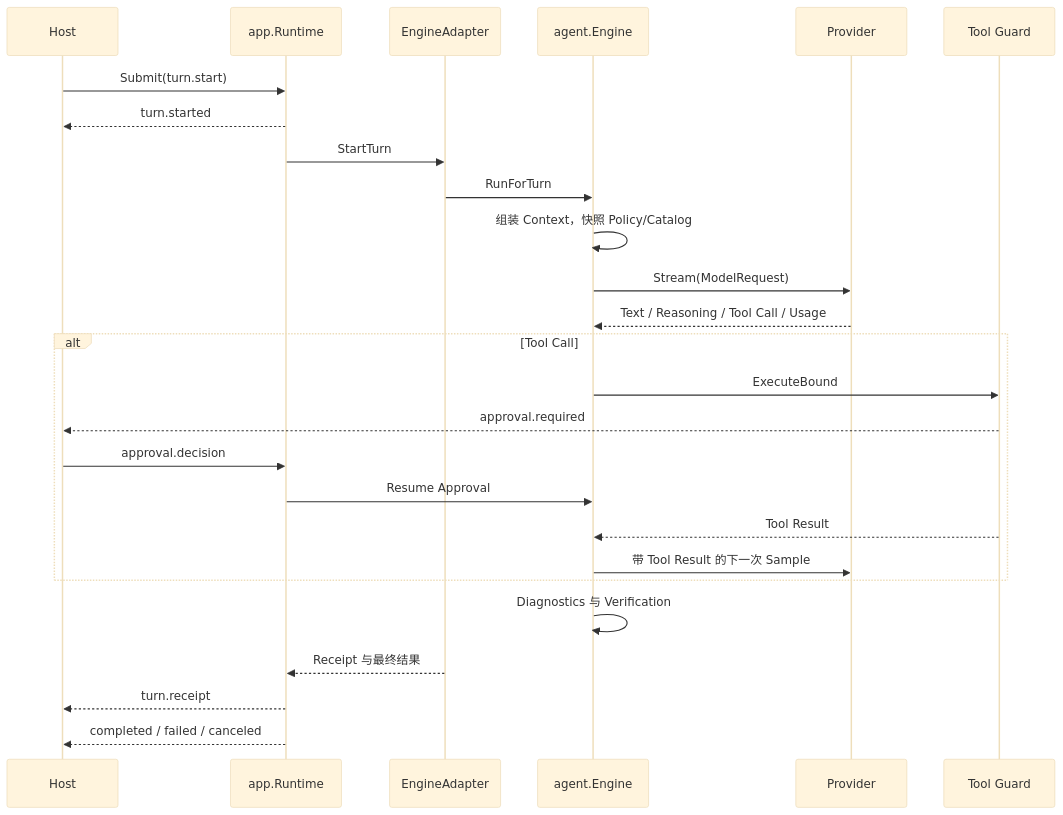
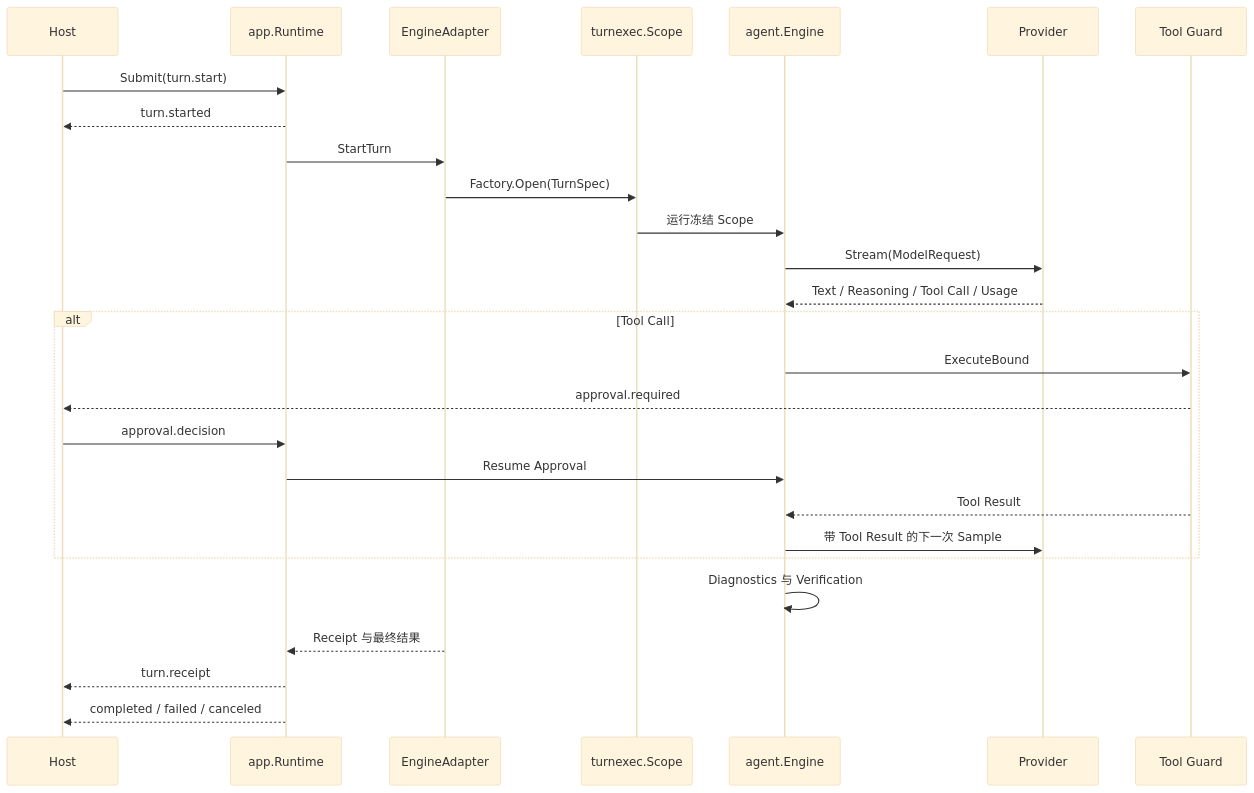
Before and after one commit to fwtllh-png/CodeHelper: the diagram in docs/book/zh-CN/02-codehelper-overview/05-turn-lifecycle.md, drawn with Mermaid (base theme). The commit also changed other lines of this file and 9 other files, not shown here.

Commit message:
docs(book): document stage D turn scope

````diff
--- a/docs/book/zh-CN/02-codehelper-overview/05-turn-lifecycle.md
+++ b/docs/book/zh-CN/02-codehelper-overview/05-turn-lifecycle.md
@@ -71,28 +72,29 @@
 ```mermaid
 sequenceDiagram
     participant H as Host
     participant R as app.Runtime
     participant A as EngineAdapter
+    participant S as turnexec.Scope
     participant E as agent.Engine
     participant M as Provider
     participant G as Tool Guard
     H->>R: Submit(turn.start)
     R-->>H: turn.started
     R->>A: StartTurn
-    A->>E: RunForTurn
-    E->>E: 组装 Context，快照 Policy/Catalog
+    A->>S: Factory.Open(TurnSpec)
+    S->>E: 运行冻结 Scope
     E->>M: Stream(ModelRequest)
     M-->>E: Text / Reasoning / Tool Call / Usage
     alt Tool Call
         E->>G: ExecuteBound
         G-->>H: approval.required
         H->>R: approval.decision
         R->>E: Resume Approval
         G-->>E: Tool Result
         E->>M: 带 Tool Result 的下一次 Sample
     end
     E->>E: Diagnostics 与 Verification
     A-->>R: Receipt 与最终结果
     R-->>H: turn.receipt
     R-->>H: completed / failed / canceled
 ```
````
